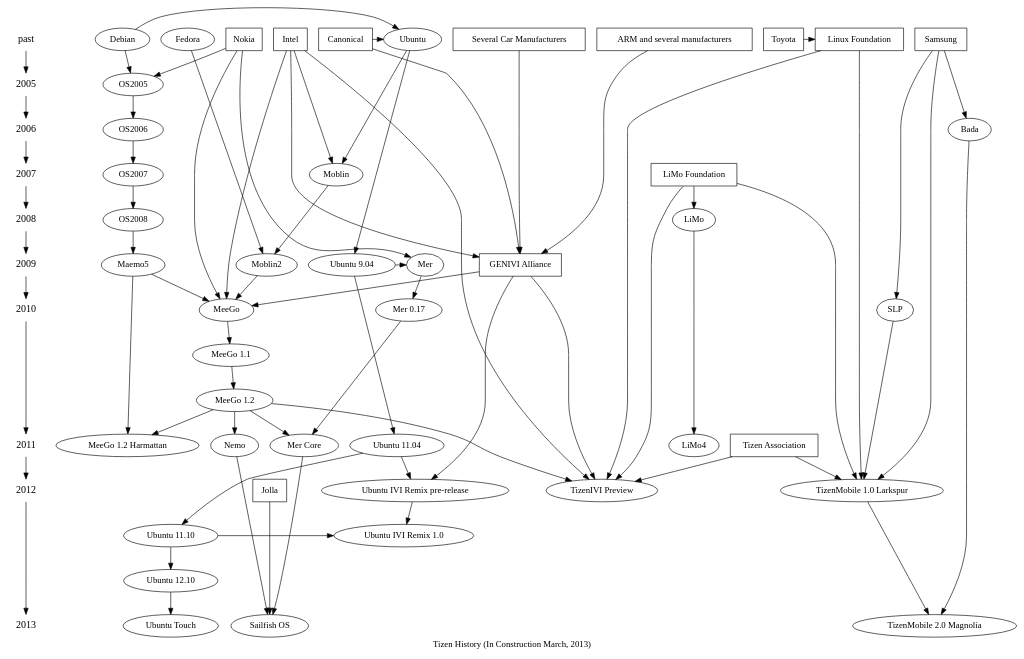
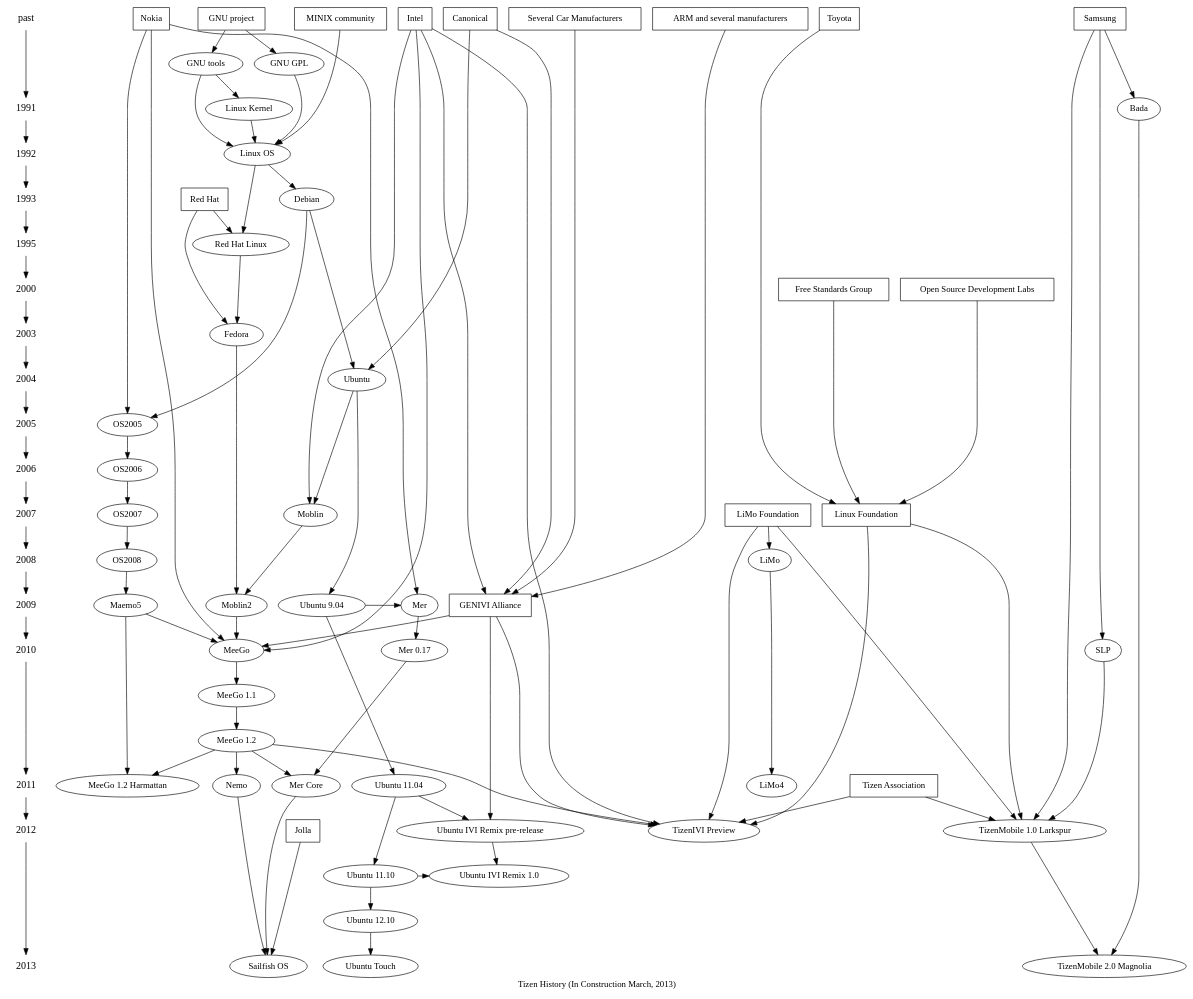
Before and after one commit to kumadasu/tizen-history: the diagram in tizen-history.dot, drawn with Graphviz.

Commit message:
added early gnu-linux history; added more dates; added Linux Foundation

```diff
--- a/tizen-history.dot
+++ b/tizen-history.dot
@@ -1,94 +1,126 @@
 digraph tizenhistory {
 graph [label="Tizen History (In Construction March, 2013)"]
 /*timeline*/
 {
 	node [shape=plaintext, fontsize=16];
-	"past" -> /*1990 ->
-	1991 -> 1992 -> 1993 -> 1994 -> 1995 ->
-	1996 -> 1997 -> 1998 -> 1999 -> 2000 ->
-	2001 -> 2002 -> 2003 -> 2004 ->*/ 2005 ->
+
+	past -> /*1990 ->*/
+	1991 -> 1992 -> 1993 -> /*1994 ->*/ 1995 ->
+	/*1996 -> 1997 -> 1998 -> 1999 ->*/ 2000 ->
+	/*2001 -> 2002 ->*/ 2003 -> 2004 -> 2005 ->
 	2006 -> 2007 -> 2008 -> 2009 -> 2010 ->
 	2011 -> 2012 -> 2013;
 }
 
 /* Organizations */
 {
 	node [shape=box];
 	{ rank = same; "past"; "Nokia"}
 	{ rank = same; "past"; "Intel"}
 	{ rank = same; "past"; "Samsung"}
 	{ rank = same; "past"; "ARM and several manufacturers"}
 	{ rank = same; "past"; "Several Car Manufacturers"}
 	{ rank = same; "past"; "Canonical"}
-	{ rank = same; "past"; "Linux Foundation"}
 	{ rank = same; "past"; "Toyota"}
+	{ rank = same; "past"/*1983*/; "GNU project"}
+	{ rank = same; "past"; "MINIX community"}
+	{ rank = same; "1993"; "Red Hat"}
+	{ rank = same; "2000"; "Open Source Development Labs"}
+	{ rank = same; "2000"; "Free Standards Group"}
+	{ rank = same; "2007"; "Linux Foundation"}
 	{ rank = same; "2007"; "LiMo Foundation"}
 	{ rank = same; "2009"; "GENIVI Alliance"}
 	{ rank = same; "2011"; "Tizen Association"} //?
 	{ rank = same; "2012"; "Jolla"} //?
+
+/* Organisations to Organisations */
+"Open Source Development Labs" -> "Linux Foundation";
+"Free Standards Group" -> "Linux Foundation";
 "Toyota" -> "Linux Foundation";
 "Intel" -> "GENIVI Alliance";
 "Several Car Manufacturers" -> "GENIVI Alliance";
 "ARM and several manufacturers" -> "GENIVI Alliance";
 "Canonical" -> "GENIVI Alliance";
 }
 
 /* Technologies */
 {
 	node [shape=plaintext];
 //	"HTML5";
 }
 
-/* OS */
-{ rank = same; "past"; "Ubuntu"; "Fedora"; "Debian"}
+/* OS & Software Components */
+{ rank = same; "GNU tools"; "GNU GPL"}
+{ rank = same; 1991; "Linux Kernel"}
+{ rank = same; 1992; "Linux OS"}
+{ rank = same; 1993; "Debian"}
+{ rank = same; 1995; "Red Hat Linux"}
+{ rank = same; 2003; "Fedora"}
+{ rank = same; 2004; "Ubuntu"}
 { rank = same; 2005; "OS2005"}
 { rank = same; 2006; "OS2006"}
 { rank = same; 2007; "OS2007"; "Moblin"}
 { rank = same; 2008; "OS2008"; "LiMo"}
 { rank = same; 2009; "Maemo5"; "Moblin2"; "Ubuntu 9.04"; "Mer"}
 { rank = same; 2010; "MeeGo"; "Mer 0.17"; "SLP"}
 { rank = same; 2011; "Ubuntu 11.04"; "LiMo4"; "Nemo"}
 { rank = same; "Ubuntu 11.10"; "Ubuntu IVI Remix 1.0"}
 { rank = same; 2012; "TizenMobile 1.0 Larkspur"; "TizenIVI Preview"};
 { rank = same; 2013; "TizenMobile 2.0 Magnolia"; "Sailfish OS"; "Ubuntu Touch"}
+
+/* OS to OS */
+	"GNU tools" -> "Linux Kernel"
+	"GNU tools" -> "Linux OS"
+	"Linux Kernel" -> "Linux OS"
+	"GNU GPL" -> "Linux OS"
+	"Linux OS" -> "Debian"
+	"Linux OS" -> "Red Hat Linux"
+	"Red Hat Linux" -> "Fedora";
 	"Debian" -> "Ubuntu";
 	"Debian" -> "OS2005" -> "OS2006" -> "OS2007" -> "OS2008" -> "Maemo5" -> "MeeGo";
 	"Ubuntu" -> "Moblin" -> "Moblin2";
 	"Fedora" -> "Moblin2" -> "MeeGo";
 	"Ubuntu 9.04" -> "Mer" -> "Mer 0.17" -> "Mer Core";
 	"LiMo" -> "LiMo4";
 	"MeeGo" -> "MeeGo 1.1" -> "MeeGo 1.2" -> "TizenIVI Preview";
 	"Maemo5" -> "MeeGo 1.2 Harmattan";
 	"MeeGo 1.2" -> "Mer Core";
 	"MeeGo 1.2" -> "Nemo" -> "Sailfish OS";
 	"Mer Core" -> "Sailfish OS";
 	"MeeGo 1.2" -> "MeeGo 1.2 Harmattan";
 	"SLP" -> "TizenMobile 1.0 Larkspur";
 	"Bada" -> "TizenMobile 2.0 Magnolia";
 	"TizenMobile 1.0 Larkspur" -> "TizenMobile 2.0 Magnolia";
 	"Ubuntu" -> "Ubuntu 9.04" -> "Ubuntu 11.04" -> "Ubuntu 11.10" -> "Ubuntu IVI Remix 1.0";
 	"Ubuntu 11.04" -> "Ubuntu IVI Remix pre-release" -> "Ubuntu IVI Remix 1.0";
 	"Ubuntu 11.10" -> "Ubuntu 12.10" -> "Ubuntu Touch";
 
+/* organisation to OS */
+"GNU project" -> "GNU tools"
+"GNU project" -> "GNU GPL"
+"MINIX community" -> "Linux OS"
+"Red Hat" -> "Fedora";
+"Red Hat" -> "Red Hat Linux";
 "Canonical" -> "Ubuntu";
 "Nokia" -> "OS2005";
 "Intel" -> "Moblin";
 "Intel" -> "MeeGo";
 "Nokia" -> "Mer";
 "Nokia" -> "MeeGo";
 "Samsung" -> "Bada";
 "Samsung" -> "SLP";
 "Intel" -> "TizenIVI Preview";
 "Samsung" -> "TizenMobile 1.0 Larkspur";
 "GENIVI Alliance" -> "MeeGo";
 "GENIVI Alliance" -> "TizenIVI Preview";
 "GENIVI Alliance" -> "Ubuntu IVI Remix pre-release";
 "LiMo Foundation" -> "LiMo";
 "LiMo Foundation" -> "TizenIVI Preview";
 "LiMo Foundation" -> "TizenMobile 1.0 Larkspur";
 "Tizen Association" -> "TizenIVI Preview";
 "Tizen Association" -> "TizenMobile 1.0 Larkspur";
 "Linux Foundation" -> "TizenIVI Preview";
 "Linux Foundation" -> "TizenMobile 1.0 Larkspur";
-"Jolla" -> "Sailfish OS"
+"Jolla" -> "Sailfish OS";
+
 }
```
